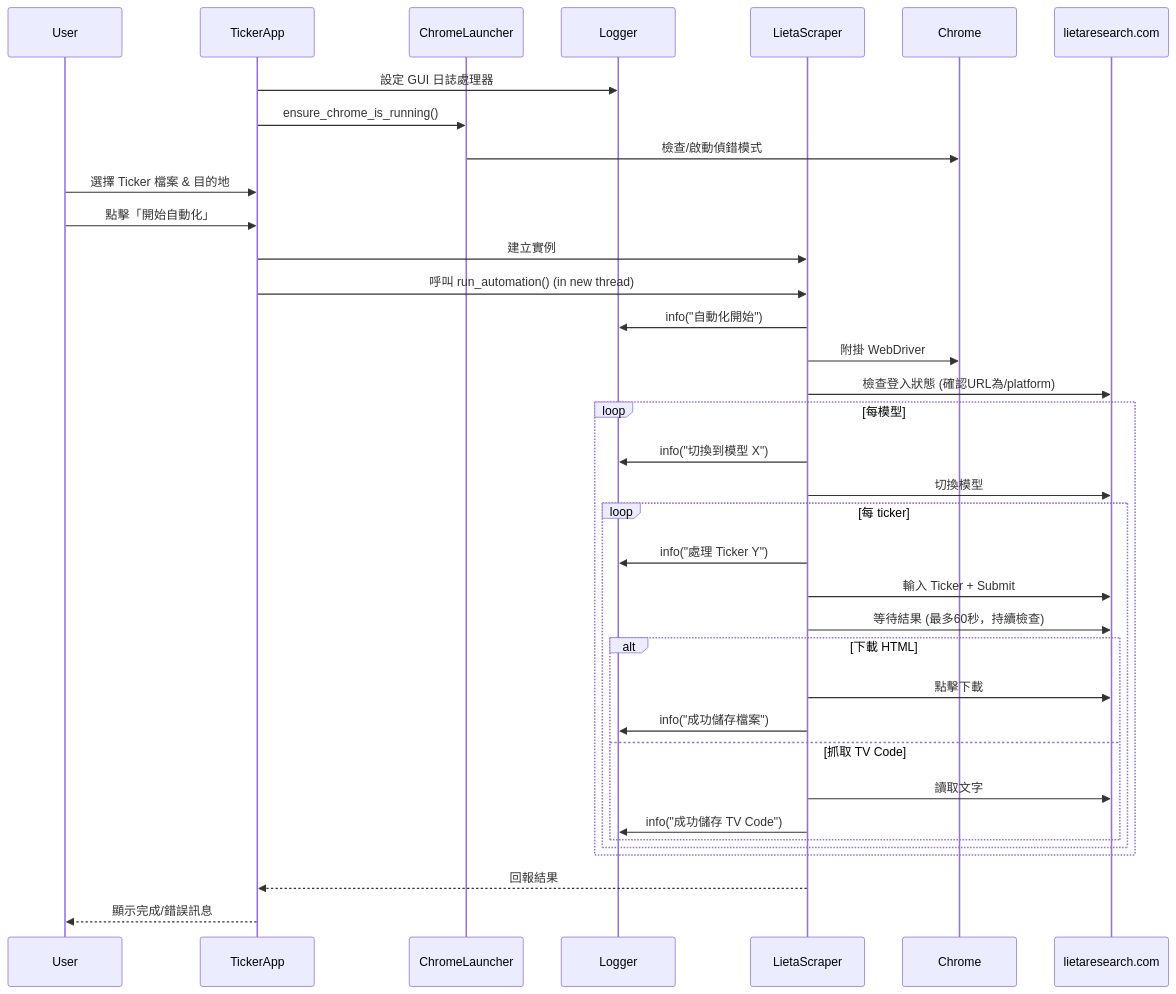
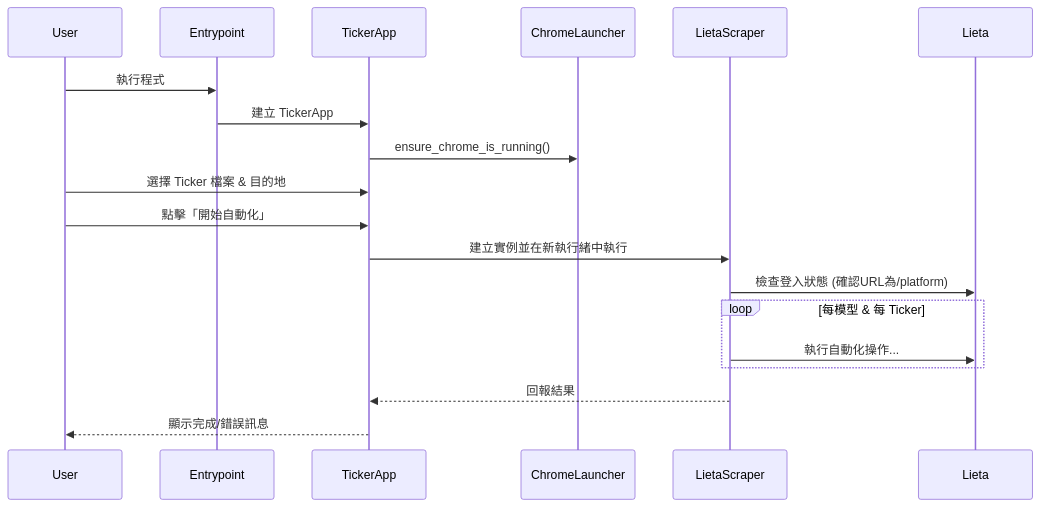
One commit to ShiaoLin/Lieta-Research-Automator changed the second of 2 diagrams in GEMINI.md. Above: the diagram before and after it, drawn with Mermaid. The commit also changed other lines of this file and 8 other files, not shown here.

````diff
--- a/GEMINI.md
+++ b/GEMINI.md
@@ -156,42 +155,24 @@
 ```mermaid
 sequenceDiagram
     participant User
+    participant run.py as Entrypoint
     participant GUI as TickerApp
     participant Launcher as ChromeLauncher
-    participant Logger
     participant Scraper as LietaScraper
-    participant Chrome
-    participant Lieta as lietaresearch.com
-
-    GUI->>Logger: 設定 GUI 日誌處理器
+    
+    User->>run.py: 執行程式
+    run.py->>GUI: 建立 TickerApp
     GUI->>Launcher: ensure_chrome_is_running()
-    Launcher->>Chrome: 檢查/啟動偵錯模式
     User->>GUI: 選擇 Ticker 檔案 & 目的地
     User->>GUI: 點擊「開始自動化」
     
-    GUI->>Scraper: 建立實例
-    GUI->>Scraper: 呼叫 run_automation() (in new thread)
-    
-    Scraper->>Logger: info("自動化開始")
-    Scraper->>Chrome: 附掛 WebDriver
+    GUI->>Scraper: 建立實例並在新執行緒中執行
     Scraper->>Lieta: 檢查登入狀態 (確認URL為/platform)
     
-    loop 每模型
-        Scraper->>Logger: info("切換到模型 X")
-        Scraper->>Lieta: 切換模型
-        loop 每 ticker
-            Scraper->>Logger: info("處理 Ticker Y")
-            Scraper->>Lieta: 輸入 Ticker + Submit
-            Scraper->>Lieta: 等待結果 (最多60秒，持續檢查)
-            alt 下載 HTML
-                Scraper->>Lieta: 點擊下載
-                Scraper->>Logger: info("成功儲存檔案")
-            else 抓取 TV Code
-                Scraper->>Lieta: 讀取文字
-                Scraper->>Logger: info("成功儲存 TV Code")
-            end
-        end
+    loop 每模型 & 每 Ticker
+        Scraper->>Lieta: 執行自動化操作...
     end
+    
     Scraper-->>GUI: 回報結果
     GUI-->>User: 顯示完成/錯誤訊息
 ```
````
